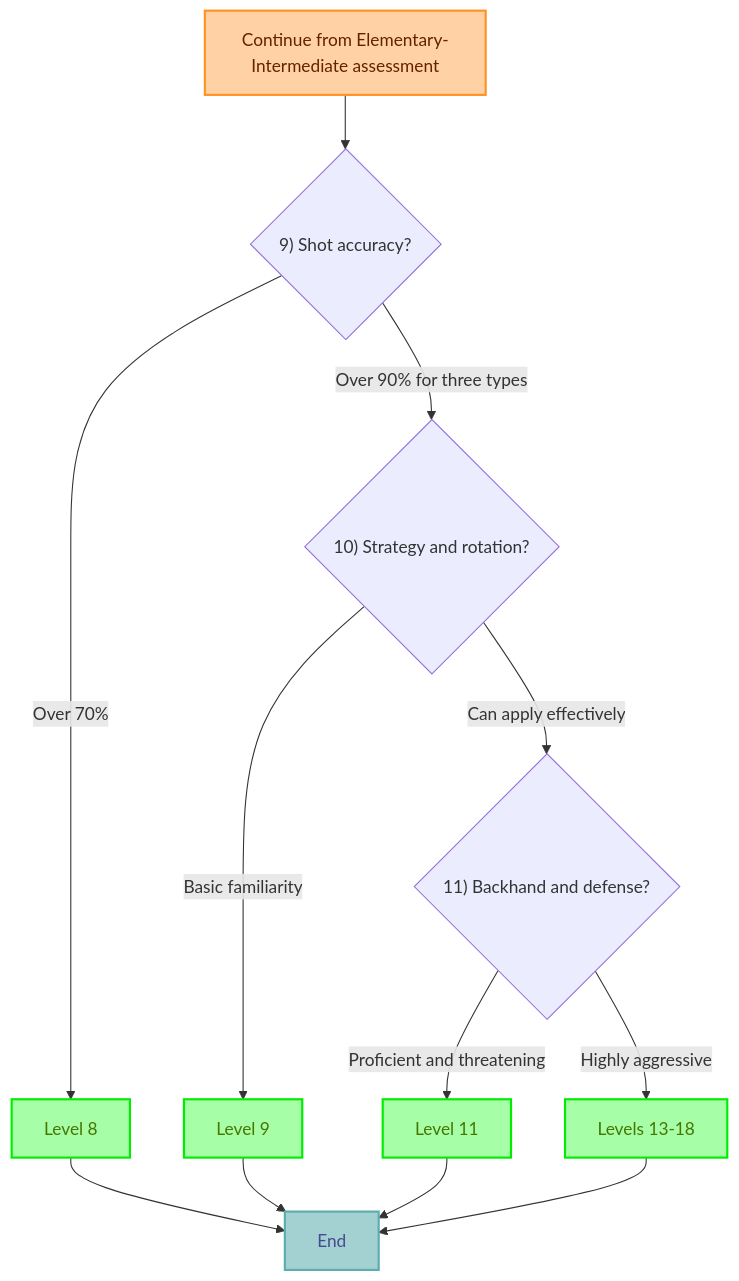
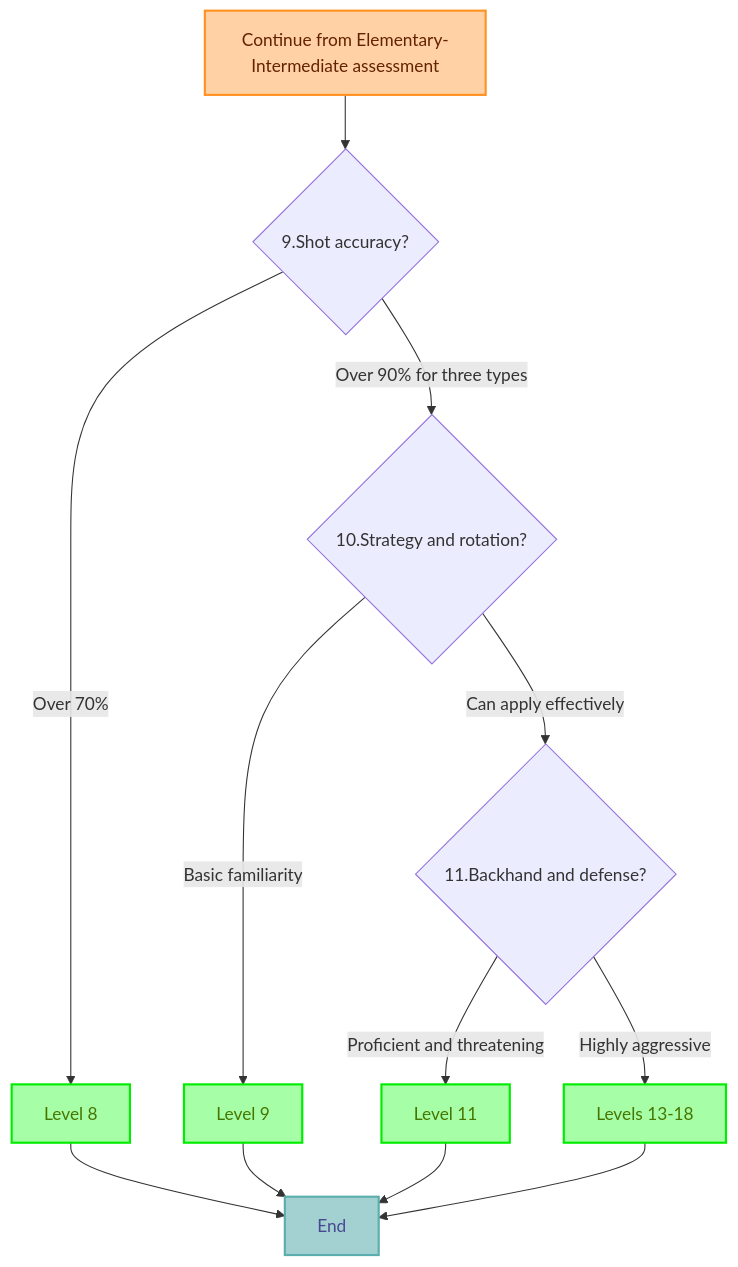
Before and after one commit to showaykerker/badminton-level-evaluator-linebot: the fourth of 4 diagrams in README-en.md, drawn with Mermaid. The commit also changed other lines of this file, not shown here.

Commit message:
chore: Update questionnaire graph labels to avoid mermaid error

````diff
--- a/README-en.md
+++ b/README-en.md
@@ -95,21 +95,21 @@
 ```mermaid
 graph TD
-    A[Continue from Elementary-Intermediate assessment] --> J{"9) Shot accuracy?"}
+    A[Continue from Elementary-Intermediate assessment] --> J{"9.Shot accuracy?"}
     J -->|Over 70%| Z8[Level 8]
-    J -->|Over 90% for three types| K{"10) Strategy and rotation?"}
+    J -->|Over 90% for three types| K{"10.Strategy and rotation?"}
     K -->|Basic familiarity| Z9[Level 9]
-    K -->|Can apply effectively| L{"11) Backhand and defense?"}
+    K -->|Can apply effectively| L{"11.Backhand and defense?"}
     L -->|Proficient and threatening| Z11[Level 11]
     L -->|Highly aggressive| Z13["Levels 13-18"]
 
     A:::nextStage
     Z8:::determinedLevel --> END[End]
     Z9:::determinedLevel --> END
     Z11:::determinedLevel --> END
     Z13:::determinedLevel --> END
     END:::stopStage
 
     classDef nextStage       fill:#FFD1A4,stroke:#FF9224,stroke-width:2px,color:#642100;
     classDef determinedLevel fill:#A6FFA6,stroke:#00EC00,stroke-width:2px,color:#467500;
     classDef stopStage       fill:#A3D1D1,stroke:#5CADAD,stroke-width:2px,color:#484891;
 ```
````
